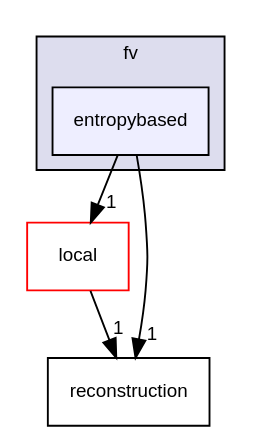
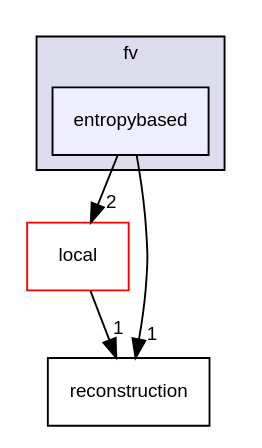
Before and after one commit to dune-community/dune-community.github.io: the diagram in docs/dune-gdt/master/dir_15077edfff1a5d7c3d5acc85193caa88_dep.dot, drawn with Graphviz. The commit also changed 826 other files, not shown here.

```diff
--- a/docs/dune-gdt/master/dir_15077edfff1a5d7c3d5acc85193caa88_dep.dot
+++ b/docs/dune-gdt/master/dir_15077edfff1a5d7c3d5acc85193caa88_dep.dot
@@ -1,14 +1,14 @@
 digraph "entropybased" {
   compound=true
   node [ fontsize="10", fontname="Helvetica"];
   edge [ labelfontsize="10", labelfontname="Helvetica"];
   subgraph clusterdir_8fbd9d79de26bd0c08e4e5fb2ef2e7c5 {
     graph [ bgcolor="#ddddee", pencolor="black", label="fv" fontname="Helvetica", fontsize="10", URL="dir_8fbd9d79de26bd0c08e4e5fb2ef2e7c5.html"]
   dir_15077edfff1a5d7c3d5acc85193caa88 [shape=box, label="entropybased", style="filled", fillcolor="#eeeeff", pencolor="black", URL="dir_15077edfff1a5d7c3d5acc85193caa88.html"];
   }
   dir_e5964b6fd5a6d82d96e1215fe4a1a66d [shape=box label="local" fillcolor="white" style="filled" color="red" URL="dir_e5964b6fd5a6d82d96e1215fe4a1a66d.html"];
   dir_34cd0b04b1a25e429446ad96f28d6cc1 [shape=box label="reconstruction" URL="dir_34cd0b04b1a25e429446ad96f28d6cc1.html"];
   dir_e5964b6fd5a6d82d96e1215fe4a1a66d->dir_34cd0b04b1a25e429446ad96f28d6cc1 [headlabel="1", labeldistance=1.5 headhref="dir_000007_000030.html"];
-  dir_15077edfff1a5d7c3d5acc85193caa88->dir_e5964b6fd5a6d82d96e1215fe4a1a66d [headlabel="1", labeldistance=1.5 headhref="dir_000033_000007.html"];
+  dir_15077edfff1a5d7c3d5acc85193caa88->dir_e5964b6fd5a6d82d96e1215fe4a1a66d [headlabel="2", labeldistance=1.5 headhref="dir_000033_000007.html"];
   dir_15077edfff1a5d7c3d5acc85193caa88->dir_34cd0b04b1a25e429446ad96f28d6cc1 [headlabel="1", labeldistance=1.5 headhref="dir_000033_000030.html"];
 }
```
